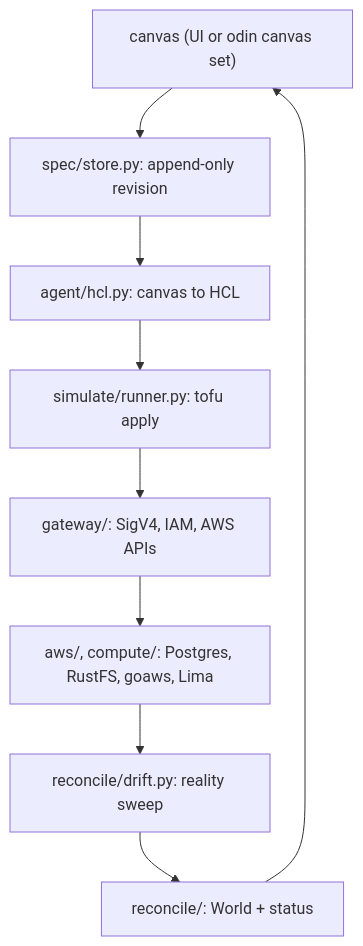
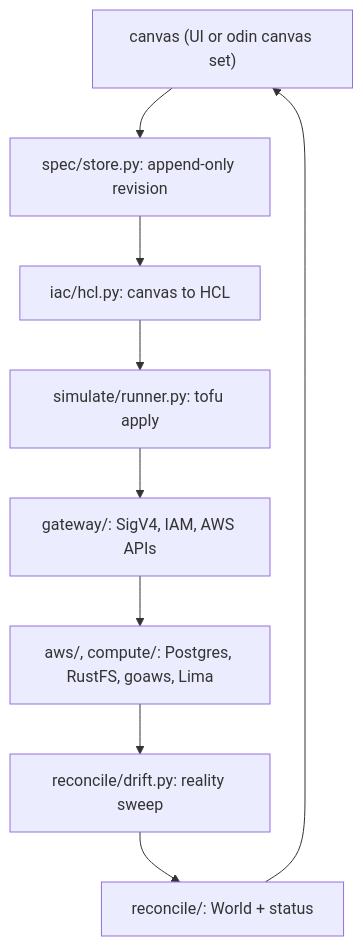
Before and after one commit to kessler-frost/odin: the diagram in docs/diagrams/internals-pipeline.mmd, drawn with Mermaid. The commit also changed 144 other files, not shown here.

```diff
--- a/docs/diagrams/internals-pipeline.mmd
+++ b/docs/diagrams/internals-pipeline.mmd
@@ -1,9 +1,9 @@
 graph TD
   UI["canvas (UI or odin canvas set)"] --> Store["spec/store.py: append-only revision"]
-  Store --> HCL["agent/hcl.py: canvas to HCL"]
+  Store --> HCL["iac/hcl.py: canvas to HCL"]
   HCL --> Run["simulate/runner.py: tofu apply"]
   Run --> GW["gateway/: SigV4, IAM, AWS APIs"]
   GW --> Sub["aws/, compute/: Postgres, RustFS, goaws, Lima"]
   Sub --> Drift["reconcile/drift.py: reality sweep"]
   Drift --> World["reconcile/: World + status"]
   World --> UI
```
